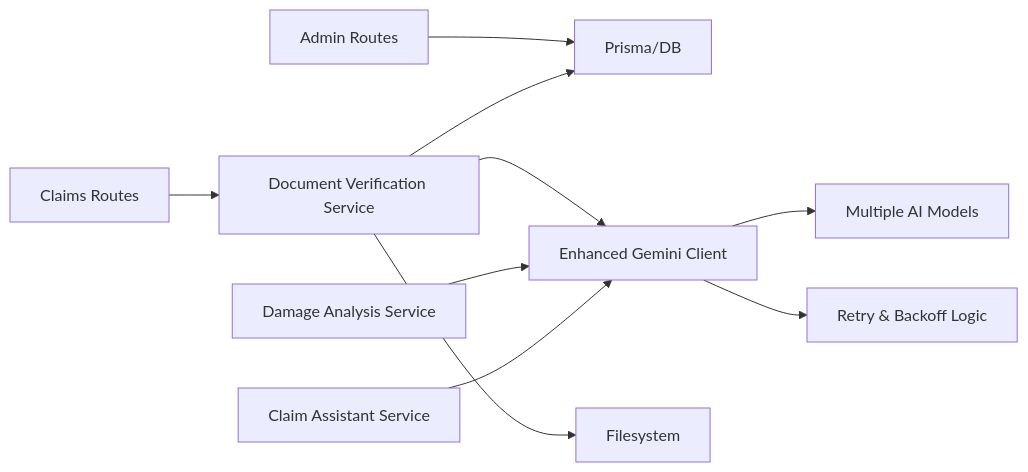
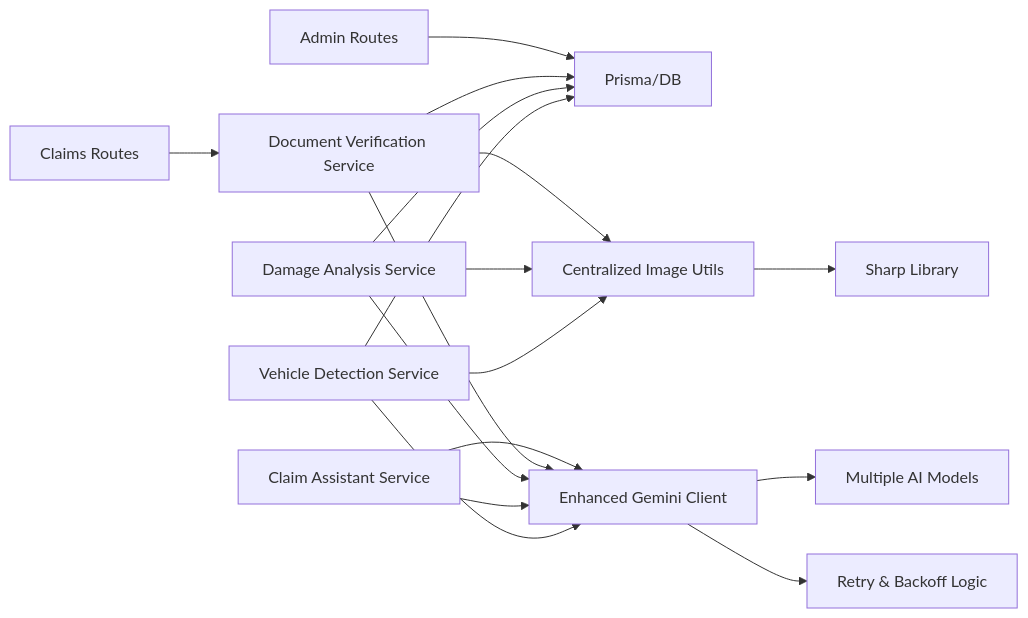
One commit to NaveenHiranya/Smart-Vehicle-Insurance-Claim-System changed the fifth of 5 diagrams in .qoder/repowiki/en/content/AI Services Integration/Document Verification Service.md. Above: the diagram before and after it, drawn with Mermaid. The commit also changed other lines of this file and 33 other files, not shown here.

````diff
--- a/.qoder/repowiki/en/content/AI Services Integration/Document Verification Service.md
+++ b/.qoder/repowiki/en/content/AI Services Integration/Document Verification Service.md
@@ -393,12 +465,19 @@
 ```mermaid
 graph LR
 Claims["Claims Routes"] --> DocSvc["Document Verification Service"]
 Admin["Admin Routes"] --> DB["Prisma/DB"]
-DocSvc --> Fallback["Enhanced Gemini Client"]
-DamageSvc["Damage Analysis Service"] --> Fallback
-ChatSvc["Claim Assistant Service"] --> Fallback
+DocSvc --> ImgUtils["Centralized Image Utils"]
+DamageSvc["Damage Analysis Service"] --> ImgUtils
+ChatSvc["Claim Assistant Service"] --> Fallback["Enhanced Gemini Client"]
+VehicleSvc["Vehicle Detection Service"] --> ImgUtils
+ImgUtils --> Sharp["Sharp Library"]
+DocSvc --> Fallback
+DamageSvc --> Fallback
+ChatSvc --> Fallback
+VehicleSvc --> Fallback
 Fallback --> Models["Multiple AI Models"]
 Fallback --> Retry["Retry & Backoff Logic"]
-DocSvc --> FS["Filesystem"]
 DocSvc --> DB
+DamageSvc --> DB
+VehicleSvc --> DB
 ```
````
